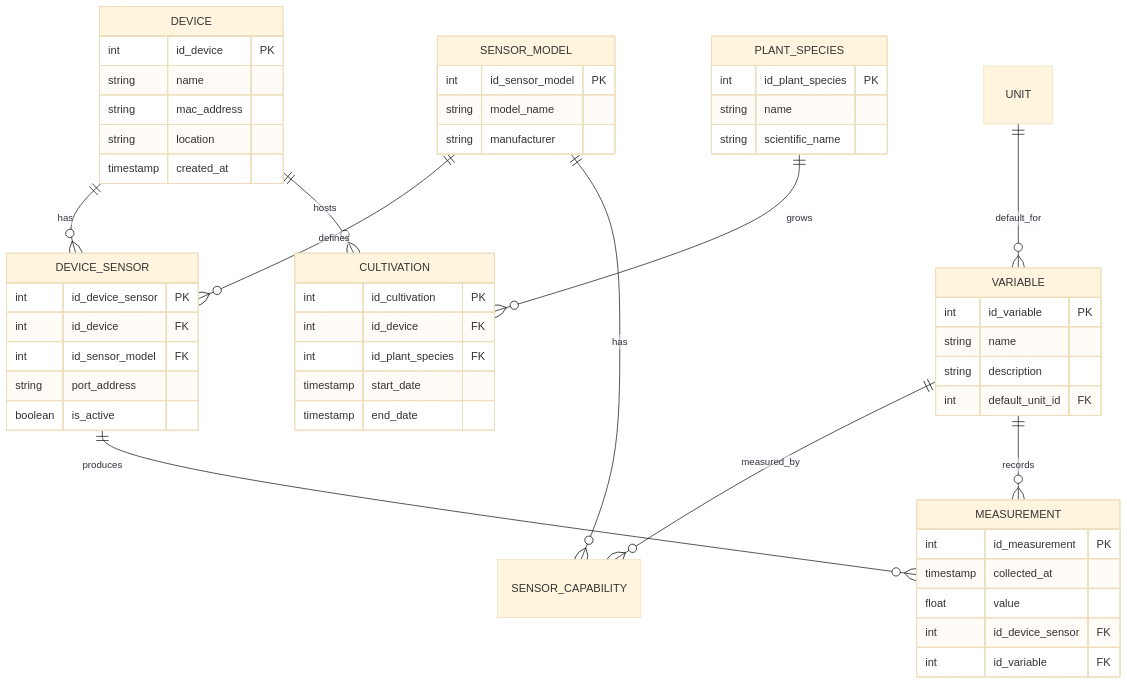
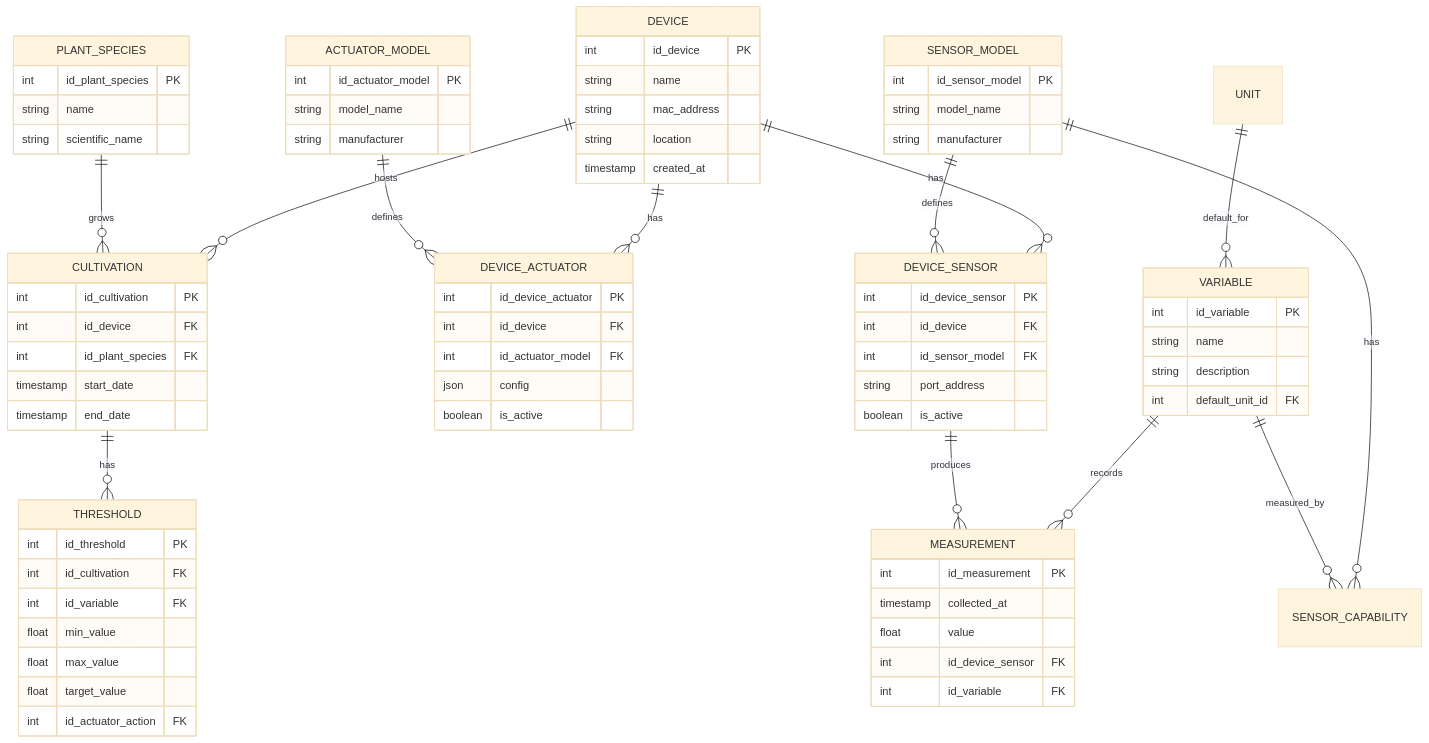
One commit to GreenThumbProject/docs changed the third of 6 diagrams in docs/architecture/diagrams.md. Above: the diagram before and after it, drawn with Mermaid (base theme). The commit also changed other lines of this file and 17 other files, not shown here.

````diff
--- a/docs/architecture/diagrams.md
+++ b/docs/architecture/diagrams.md
@@ -61,13 +61,16 @@
 ```mermaid
 erDiagram
     DEVICE ||--o{ DEVICE_SENSOR : has
+    DEVICE ||--o{ DEVICE_ACTUATOR : has
     DEVICE ||--o{ CULTIVATION : hosts
     SENSOR_MODEL ||--o{ DEVICE_SENSOR : defines
     SENSOR_MODEL ||--o{ SENSOR_CAPABILITY : has
+    ACTUATOR_MODEL ||--o{ DEVICE_ACTUATOR : defines
     VARIABLE ||--o{ SENSOR_CAPABILITY : measured_by
     VARIABLE ||--o{ MEASUREMENT : records
     DEVICE_SENSOR ||--o{ MEASUREMENT : produces
     PLANT_SPECIES ||--o{ CULTIVATION : grows
+    CULTIVATION ||--o{ THRESHOLD : has
     UNIT ||--o{ VARIABLE : default_for
     
     DEVICE {
@@ -84,11 +87,25 @@
         string manufacturer
     }
     
+    ACTUATOR_MODEL {
+        int id_actuator_model PK
+        string model_name
+        string manufacturer
+    }
+    
     DEVICE_SENSOR {
         int id_device_sensor PK
         int id_device FK
         int id_sensor_model FK
         string port_address
+        boolean is_active
+    }
+    
+    DEVICE_ACTUATOR {
+        int id_device_actuator PK
+        int id_device FK
+        int id_actuator_model FK
+        json config
         boolean is_active
     }
     
@@ -107,6 +124,16 @@
         int id_variable FK
     }
     
+    THRESHOLD {
+        int id_threshold PK
+        int id_cultivation FK
+        int id_variable FK
+        float min_value
+        float max_value
+        float target_value
+        int id_actuator_action FK
+    }
+    
     PLANT_SPECIES {
         int id_plant_species PK
         string name
````
